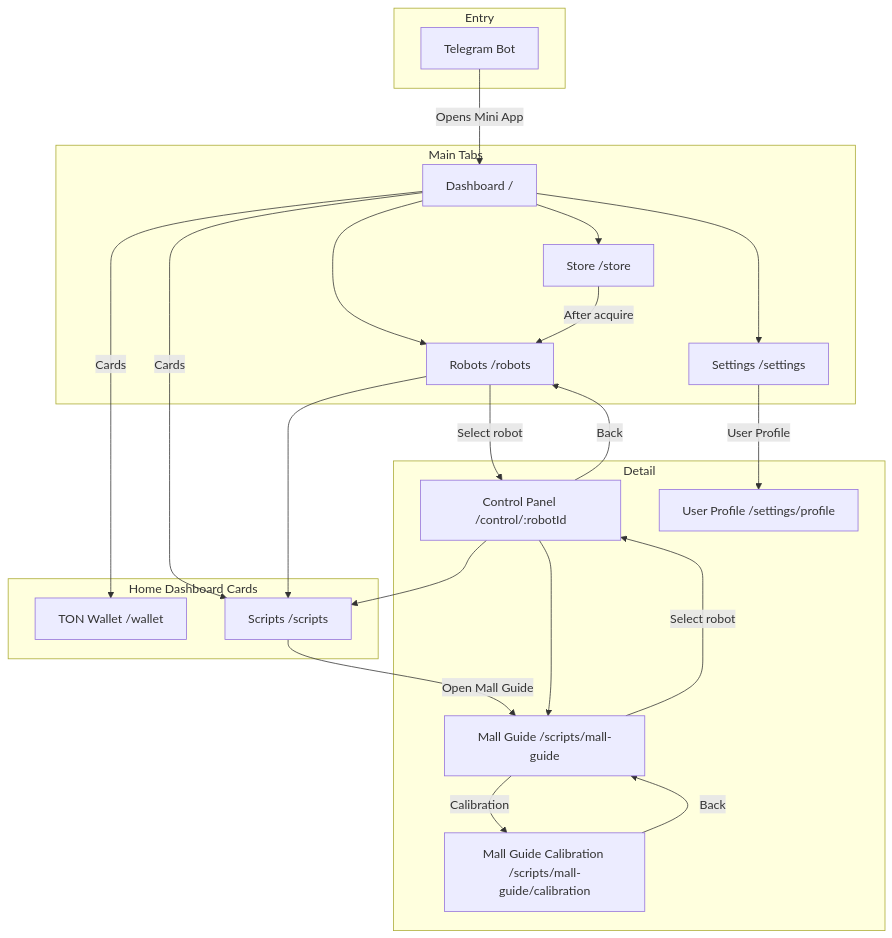
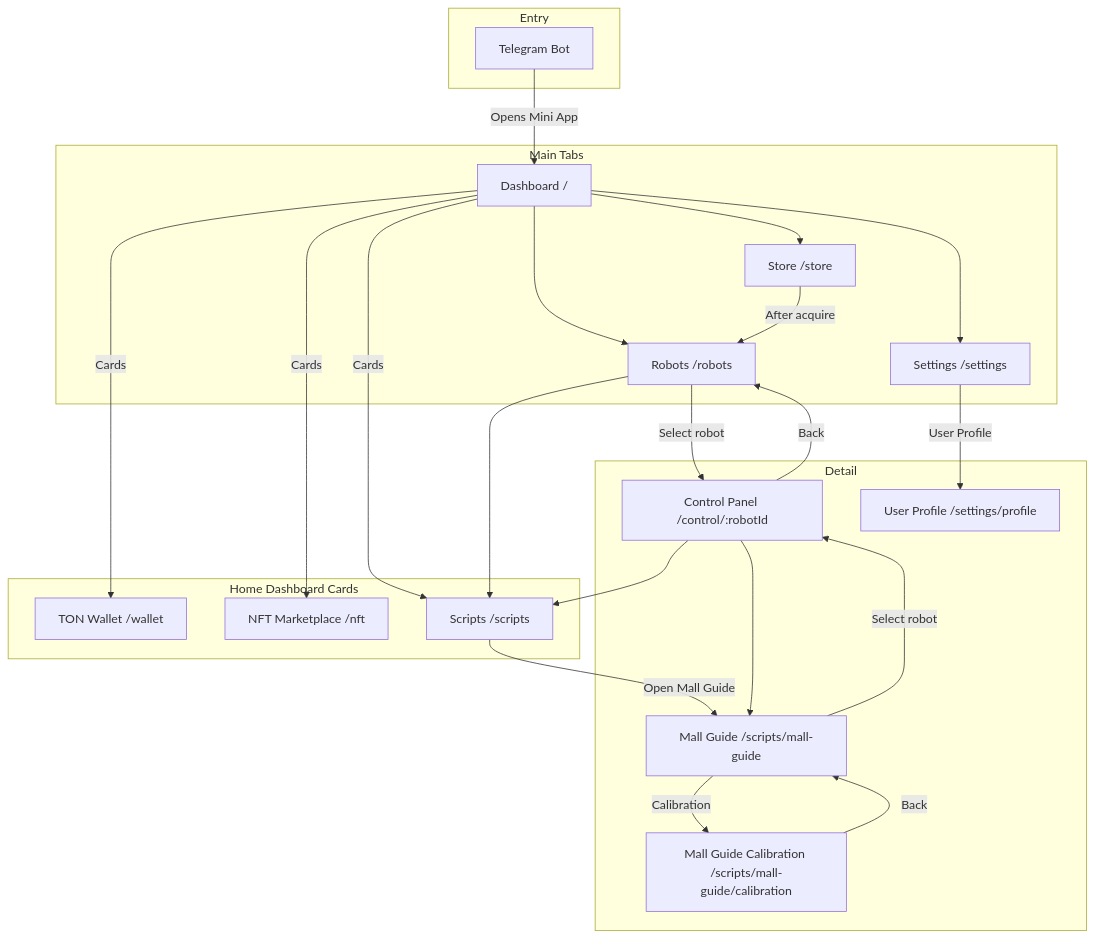
Before and after one commit to Saitosar/sai-aurosy-telegram-mini-app: the first of 2 diagrams in docs/ux/screen-map.md, drawn with Mermaid. The commit also changed other lines of this file and 21 other files, not shown here.

First line of the commit message:
Add NFT Marketplace MVP with Read-Only functionality

````diff
--- a/docs/ux/screen-map.md
+++ b/docs/ux/screen-map.md
@@ -30,43 +31,45 @@
 ```mermaid
 flowchart TB
     subgraph Entry [Entry]
         TelegramBot[Telegram Bot]
     end
 
     subgraph MainTabs [Main Tabs]
         Dashboard[Dashboard /]
         Robots[Robots /robots]
         Store[Store /store]
         Settings[Settings /settings]
     end
 
     subgraph HomeCards [Home Dashboard Cards]
         Wallet[TON Wallet /wallet]
+        NFTMarketplace[NFT Marketplace /nft]
         Scripts[Scripts /scripts]
     end
 
     subgraph Detail [Detail]
         ControlPanel[Control Panel /control/:robotId]
         MallGuide[Mall Guide /scripts/mall-guide]
         MallGuideCal[Mall Guide Calibration /scripts/mall-guide/calibration]
         UserProfile[User Profile /settings/profile]
     end
 
     TelegramBot -->|"Opens Mini App"| Dashboard
     Dashboard --> Robots
     Dashboard --> Store
     Dashboard --> Settings
     Dashboard -->|"Cards"| Wallet
+    Dashboard -->|"Cards"| NFTMarketplace
     Dashboard -->|"Cards"| Scripts
     Settings -->|"User Profile"| UserProfile
     Robots -->|"Select robot"| ControlPanel
     Robots --> Scripts
     Store -->|"After acquire"| Robots
     Scripts -->|"Open Mall Guide"| MallGuide
     MallGuide -->|"Calibration"| MallGuideCal
     MallGuideCal -->|"Back"| MallGuide
     MallGuide -->|"Select robot"| ControlPanel
     ControlPanel -->|"Back"| Robots
     ControlPanel --> Scripts
     ControlPanel --> MallGuide
 ```
````
